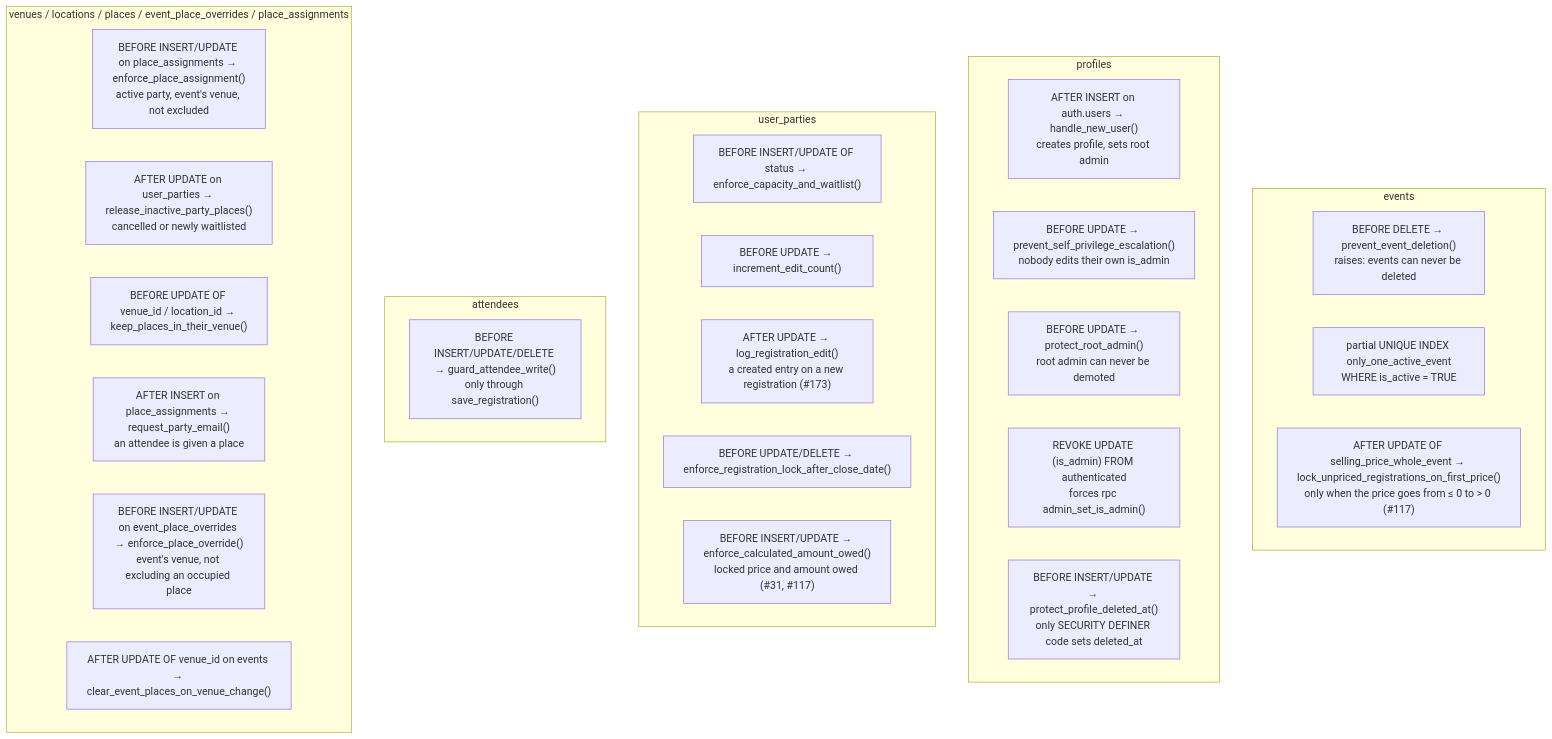
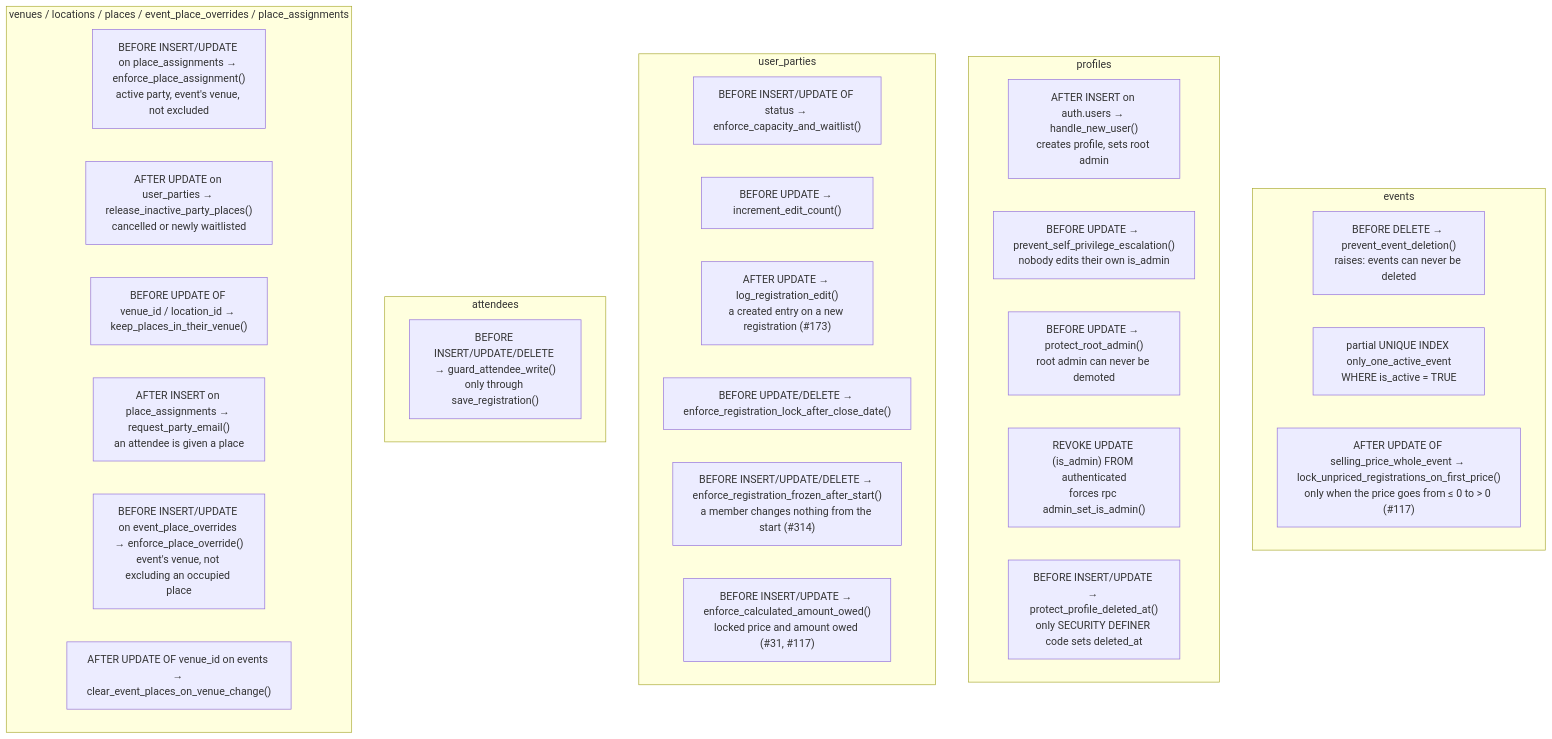
One commit to YULmix/yulmix-la-bedaine changed the second of 2 diagrams in docs/03-data-model.md. Above: the diagram before and after it, drawn with Mermaid. The commit also changed other lines of this file and 16 other files, not shown here.

First line of the commit message:
feat(registration): freeze member registrations from the event's start (#314) (#328)

````diff
--- a/docs/03-data-model.md
+++ b/docs/03-data-model.md
@@ -355,33 +355,34 @@
 ```mermaid
 flowchart TD
   subgraph events
     E1["BEFORE DELETE → prevent_event_deletion()<br/>raises: events can never be deleted"]
     E2["partial UNIQUE INDEX only_one_active_event<br/>WHERE is_active = TRUE"]
     E3["AFTER UPDATE OF selling_price_whole_event → lock_unpriced_registrations_on_first_price()<br/>only when the price goes from ≤ 0 to > 0 (#117)"]
   end
   subgraph profiles
     P1["AFTER INSERT on auth.users → handle_new_user()<br/>creates profile, sets root admin"]
     P2["BEFORE UPDATE → prevent_self_privilege_escalation()<br/>nobody edits their own is_admin"]
     P3["BEFORE UPDATE → protect_root_admin()<br/>root admin can never be demoted"]
     P4["REVOKE UPDATE (is_admin) FROM authenticated<br/>forces rpc admin_set_is_admin()"]
     P5["BEFORE INSERT/UPDATE → protect_profile_deleted_at()<br/>only SECURITY DEFINER code sets deleted_at"]
   end
   subgraph user_parties
     U2["BEFORE INSERT/UPDATE OF status → enforce_capacity_and_waitlist()"]
     U3["BEFORE UPDATE → increment_edit_count()"]
     U4["AFTER UPDATE → log_registration_edit()<br/>a created entry on a new registration (#173)"]
     U5["BEFORE UPDATE/DELETE → enforce_registration_lock_after_close_date()"]
+    U7["BEFORE INSERT/UPDATE/DELETE → enforce_registration_frozen_after_start()<br/>a member changes nothing from the start (#314)"]
     U6["BEFORE INSERT/UPDATE → enforce_calculated_amount_owed()<br/>locked price and amount owed (#31, #117)"]
   end
   subgraph attendees
     A1["BEFORE INSERT/UPDATE/DELETE → guard_attendee_write()<br/>only through save_registration()"]
   end
   subgraph places["venues / locations / places / event_place_overrides / place_assignments"]
     L1["BEFORE INSERT/UPDATE on place_assignments → enforce_place_assignment()<br/>active party, event's venue, not excluded"]
     L2["AFTER UPDATE on user_parties → release_inactive_party_places()<br/>cancelled or newly waitlisted"]
     L3["BEFORE UPDATE OF venue_id / location_id → keep_places_in_their_venue()"]
     L4["AFTER INSERT on place_assignments → request_party_email()<br/>an attendee is given a place"]
     L5["BEFORE INSERT/UPDATE on event_place_overrides → enforce_place_override()<br/>event's venue, not excluding an occupied place"]
     L6["AFTER UPDATE OF venue_id on events → clear_event_places_on_venue_change()"]
   end
 ```
````
